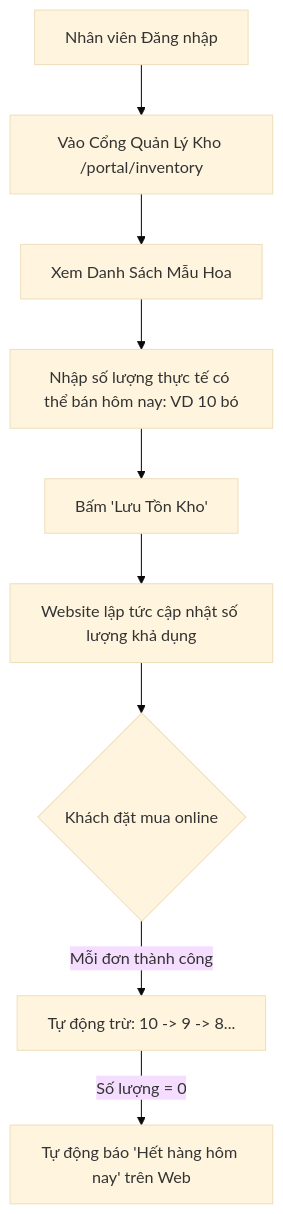
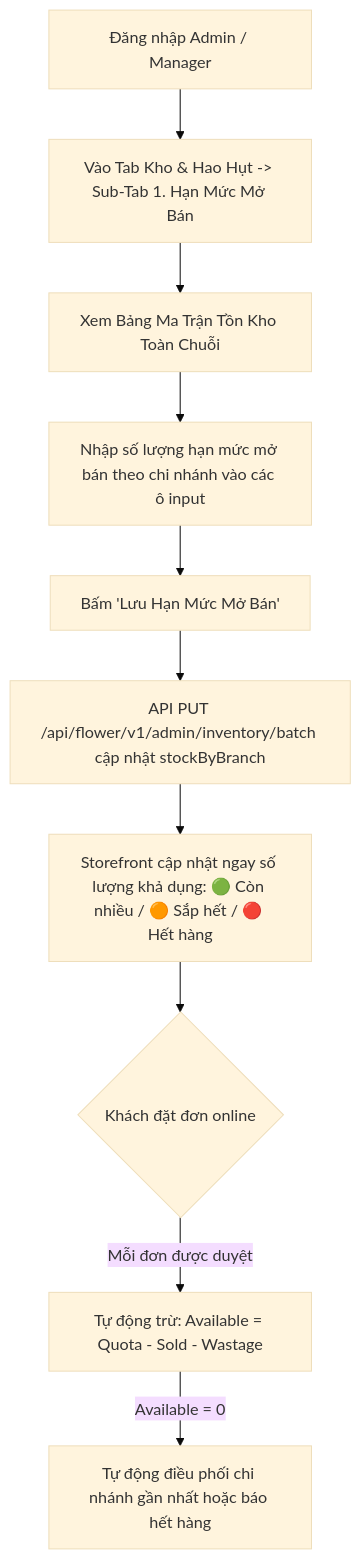
Before and after one commit to letrthong/telua_flower: the diagram in docs/design/INVENTORY_MANAGEMENT_DESIGN.md, drawn with Mermaid (base theme). The commit also changed other lines of this file and 24 other files, not shown here.

````diff
--- a/docs/design/INVENTORY_MANAGEMENT_DESIGN.md
+++ b/docs/design/INVENTORY_MANAGEMENT_DESIGN.md
@@ -20,11 +21,12 @@
 ```mermaid
 graph TD
-    A[Nhân viên Đăng nhập] --> B[Vào Cổng Quản Lý Kho /portal/inventory]
-    B --> C[Xem Danh Sách Mẫu Hoa]
-    C --> D[Nhập số lượng thực tế có thể bán hôm nay: VD 10 bó]
-    D --> E[Bấm 'Lưu Tồn Kho']
-    E --> F[Website lập tức cập nhật số lượng khả dụng]
-    F --> G{Khách đặt mua online}
-    G -->|Mỗi đơn thành công| H[Tự động trừ: 10 -> 9 -> 8...]
-    H -->|Số lượng = 0| I[Tự động báo 'Hết hàng hôm nay' trên Web]
+    A[Đăng nhập Admin / Manager] --> B[Vào Tab Kho & Hao Hụt -> Sub-Tab 1. Hạn Mức Mở Bán]
+    B --> C[Xem Bảng Ma Trận Tồn Kho Toàn Chuỗi]
+    C --> D[Nhập số lượng hạn mức mở bán theo chi nhánh vào các ô input]
+    D --> E[Bấm 'Lưu Hạn Mức Mở Bán']
+    E --> F[API PUT /api/flower/v1/admin/inventory/batch cập nhật stockByBranch]
+    F --> G[Storefront cập nhật ngay số lượng khả dụng: 🟢 Còn nhiều / 🟠 Sắp hết / 🔴 Hết hàng]
+    G --> H{Khách đặt đơn online}
+    H -->|Mỗi đơn được duyệt| I[Tự động trừ: Available = Quota - Sold - Wastage]
+    I -->|Available = 0| J[Tự động điều phối chi nhánh gần nhất hoặc báo hết hàng]
 ```
````
